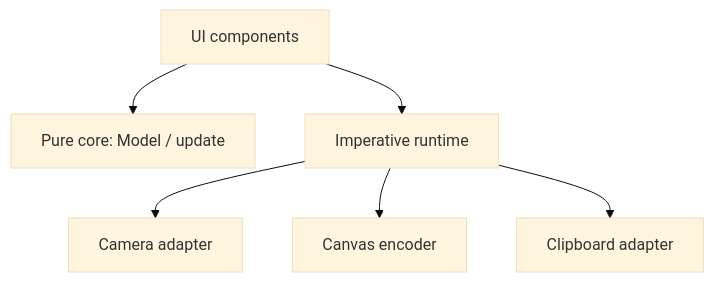
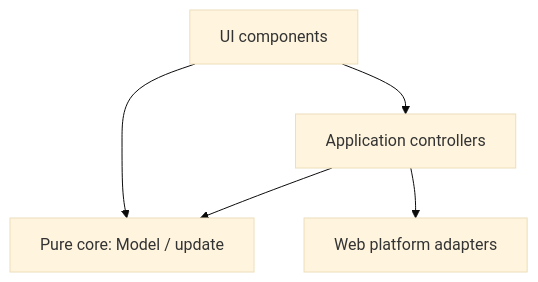
Before and after one commit to bem130/webcam-app: the fourth of 4 diagrams in docs/design.md, drawn with Mermaid (base theme). The commit also changed other lines of this file and 27 other files, not shown here.

Commit message:
refactor: enforce phase 2.5 architecture gates

````diff
--- a/docs/design.md
+++ b/docs/design.md
@@ -349,8 +353,7 @@
 ```mermaid
 flowchart TD
-    UI["UI components"] --> Core["Pure core: Model / update"]
-    UI --> Runtime["Imperative runtime"]
-    Runtime --> Camera["Camera adapter"]
-    Runtime --> Capture["Canvas encoder"]
-    Runtime --> Clipboard["Clipboard adapter"]
+    UI["UI components"] --> Application["Application controllers"]
+    UI --> Core["Pure core: Model / update"]
+    Application --> Core
+    Application --> Platform["Web platform adapters"]
 ```
````
